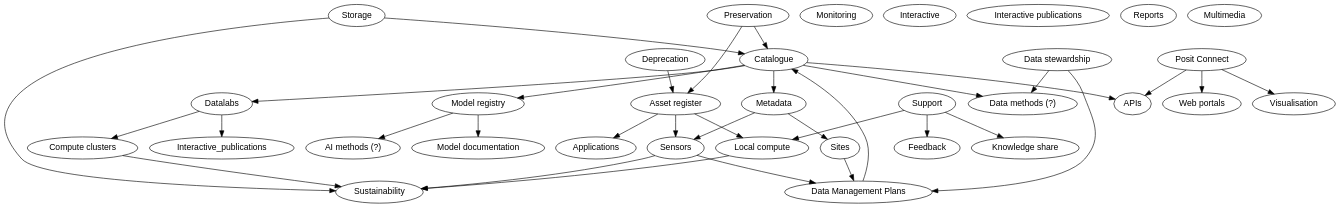
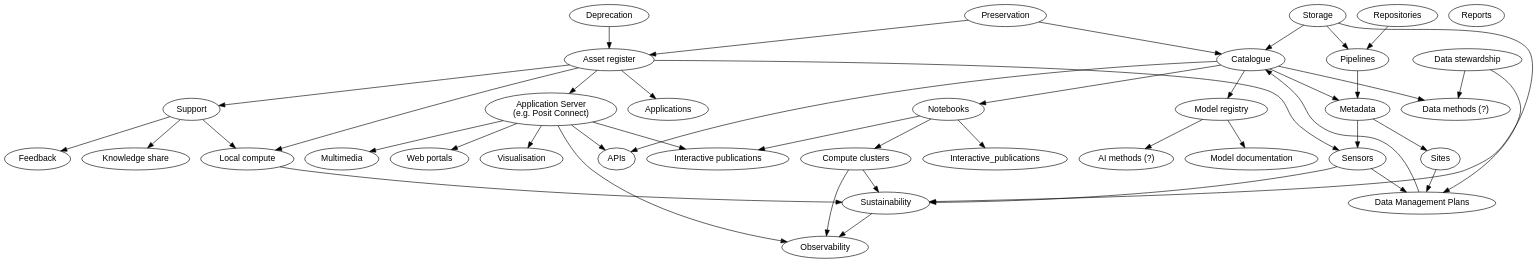
One commit to NERC-CEH/rse_group changed the diagram in team/governance/diagrams/strategy_themes.dot. Above: the diagram before and after it, drawn with Graphviz. The commit also changed 1 other file, not shown here.

```diff
--- a/team/governance/diagrams/strategy_themes.dot
+++ b/team/governance/diagrams/strategy_themes.dot
@@ -1,86 +1,103 @@
 digraph G {
 
     bgcolor=transparent;
     node [fontname = "Helvetica"];
     edge [fontname = "Helvetica"];
 
     Storage [ label = "Storage" ];
     Catalogue [ label = "Catalogue" ];
     Asset_register [ label = "Asset register" ];
     Preservation [ label = "Preservation"];
     Deprecation [label = "Deprecation"];
-    Monitoring [ label = "Monitoring"];
+    Observability [ label = "Observability"];
     Data_stewardship [ label = "Data stewardship" ];
     DMPs [label = "Data Management Plans"];
 
-    Datalabs [ label = "Datalabs" ];
-    Posit_Connect [ label = "Posit Connect"];
-    Interactive publications [ label = "Interactive publications" ];
+    Notebooks [ label = "Notebooks" ];
+    App_server [ label = "Application Server \n(e.g. Posit Connect)"];
+    Publications [ label = "Interactive publications" ];
     Reports [ label = "Reports"];
     Multimedia [ label = "Multimedia"];
 
     Compute_clusters [ label = "Compute clusters" ];
     Local_compute [ label = "Local compute"];
     Feedback [ label = "Feedback" ];
     Support [ label = "Support" ];
     Knowledge_share [ label = "Knowledge share"];
 
     Applications [ label = "Applications"];
     Web_portals [ label = "Web portals" ];
     Visualisation [ label = "Visualisation" ];
     APIs [ label = "APIs" ];
+
+    Pipelines [label = "Pipelines"]
+    Repositories [label="Repositories"]
 
     Data_methods [ label = "Data methods (?)" ];
     AI_methods [ label = "AI methods (?)" ];
     Model_registry [ label = "Model registry"];
     Model_documentation [ label = "Model documentation"];
 
     Metadata [ label = "Metadata" ];
     Sensors [ label = "Sensors" ];
     Sites [ label = "Sites" ];
     Sustainability [ label = "Sustainability" ];
 
     Storage -> Catalogue;
     Catalogue -> Metadata;
     Catalogue -> APIs;
     Metadata -> Sites;
     Metadata -> Sensors;
 
-    Catalogue -> Datalabs;
-    Datalabs -> Compute_clusters;
-    Datalabs -> Interactive_publications;
+    Catalogue -> Notebooks;
+    Notebooks -> Compute_clusters;
+    Notebooks -> Interactive_publications;
 
-    Posit_Connect -> Web_portals;
-    Posit_Connect -> Visualisation;
-    Posit_Connect -> APIs;
+    App_server -> Web_portals;
+    App_server -> Visualisation;
+    App_server -> APIs;
 
     Compute_clusters -> Sustainability;
     Local_compute -> Sustainability;
     Storage -> Sustainability;
     Sensors -> Sustainability;
+    Sustainability -> Observability;
+    Compute_clusters -> Observability;
+    App_server -> Observability;
 
     Support -> Local_compute;
     Support -> Feedback;
     Support -> Knowledge_share;
 
     Catalogue -> Model_registry;
     Model_registry -> Model_documentation;
     Model_registry -> AI_methods;
 
     Catalogue -> Data_methods;
 
     Data_stewardship -> Data_methods;
     Data_stewardship -> DMPs;
     DMPs -> Catalogue;
     Sensors -> DMPs;
     Sites -> DMPs;
 
     Asset_register -> Applications;
     Asset_register -> Local_compute;
     Asset_register -> Sensors;
 
     Preservation -> Asset_register;
     Preservation -> Catalogue;
 
     Deprecation -> Asset_register;
+
+    Storage -> Pipelines;
+    Repositories -> Pipelines;
+    Pipelines -> Metadata;
+
+    Notebooks -> Publications;
+    App_server -> Publications;
+    App_server -> Multimedia;
+
+    Asset_register -> Support;
+    Asset_register -> App_server;
 }
```
